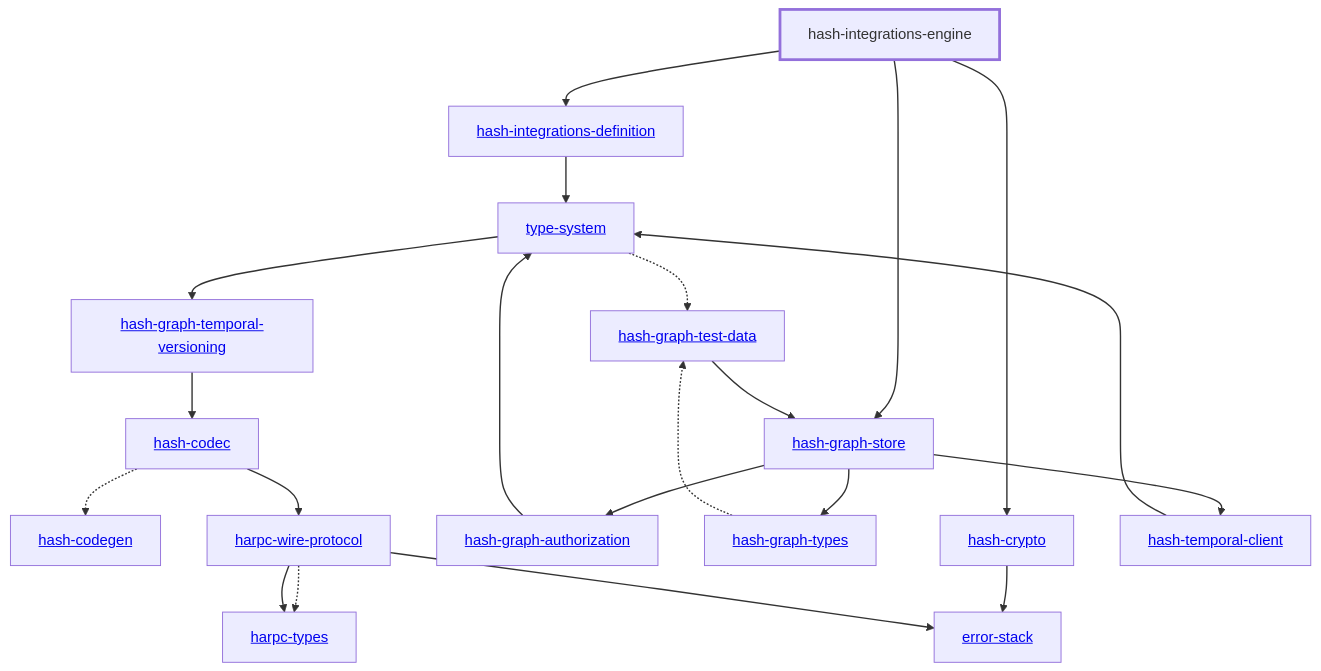
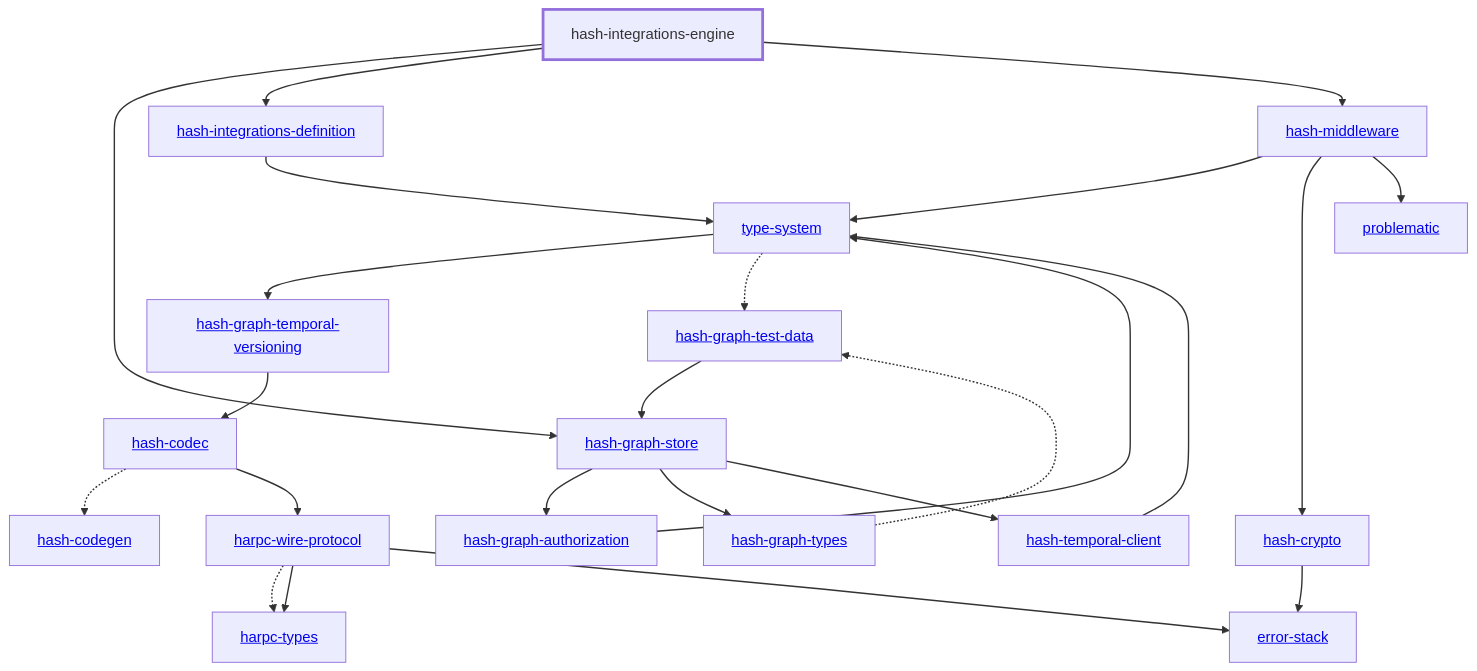
Before and after one commit to hashintel/hash: the diagram in libs/@local/integrations/engine/docs/dependency-diagram.mmd, drawn with Mermaid. The commit also changed 21 other files, not shown here.

```diff
--- a/libs/@local/integrations/engine/docs/dependency-diagram.mmd
+++ b/libs/@local/integrations/engine/docs/dependency-diagram.mmd
@@ -1,46 +1,51 @@
 graph TD
     linkStyle default stroke-width:1.5px
     classDef default stroke-width:1px
     classDef root stroke-width:3px
     classDef dev stroke-width:1px
     classDef build stroke-width:1px
     %% Legend
     %% --> : Normal dependency
     %% -.-> : Dev dependency
     %% ---> : Build dependency
     0[<a href="../type_system/index.html">type-system</a>]
     1[<a href="../hash_codec/index.html">hash-codec</a>]
     2[<a href="../hash_codegen/index.html">hash-codegen</a>]
     3[<a href="../hash_crypto/index.html">hash-crypto</a>]
     4[<a href="../hash_graph_authorization/index.html">hash-graph-authorization</a>]
     5[<a href="../hash_graph_store/index.html">hash-graph-store</a>]
     6[<a href="../hash_graph_temporal_versioning/index.html">hash-graph-temporal-versioning</a>]
     7[<a href="../hash_graph_types/index.html">hash-graph-types</a>]
     8[<a href="../harpc_types/index.html">harpc-types</a>]
     9[<a href="../harpc_wire_protocol/index.html">harpc-wire-protocol</a>]
     10[<a href="../hash_integrations_definition/index.html">hash-integrations-definition</a>]
     11[hash-integrations-engine]
     class 11 root
-    12[<a href="../hash_temporal_client/index.html">hash-temporal-client</a>]
-    13[<a href="../error_stack/index.html">error-stack</a>]
-    14[<a href="../hash_graph_test_data/index.html">hash-graph-test-data</a>]
+    12[<a href="../hash_middleware/index.html">hash-middleware</a>]
+    13[<a href="../hash_temporal_client/index.html">hash-temporal-client</a>]
+    14[<a href="../error_stack/index.html">error-stack</a>]
+    15[<a href="../problematic/index.html">problematic</a>]
+    16[<a href="../hash_graph_test_data/index.html">hash-graph-test-data</a>]
     0 --> 6
-    0 -.-> 14
+    0 -.-> 16
     1 -.-> 2
     1 --> 9
-    3 --> 13
+    3 --> 14
     4 --> 0
     5 --> 4
     5 --> 7
-    5 --> 12
+    5 --> 13
     6 --> 1
-    7 -.-> 14
+    7 -.-> 16
     9 -.-> 8
     9 --> 8
-    9 --> 13
+    9 --> 14
     10 --> 0
-    11 --> 3
     11 --> 5
     11 --> 10
+    11 --> 12
     12 --> 0
-    14 --> 5
+    12 --> 3
+    12 --> 15
+    13 --> 0
+    16 --> 5
```
